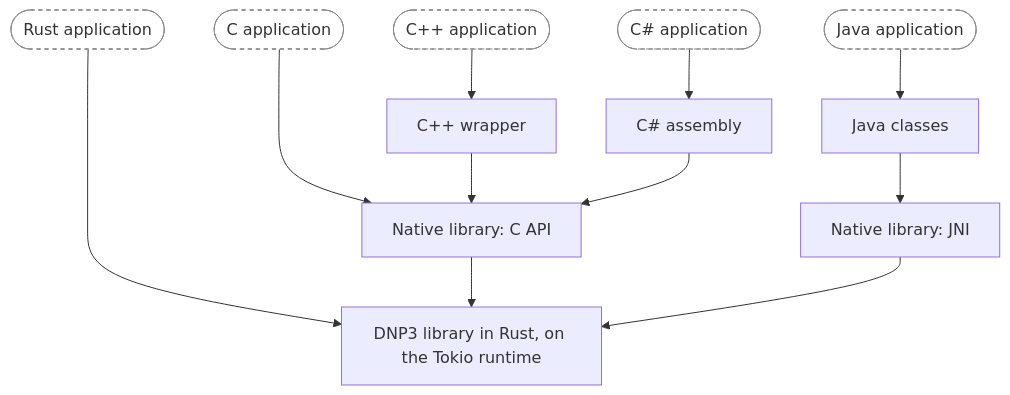
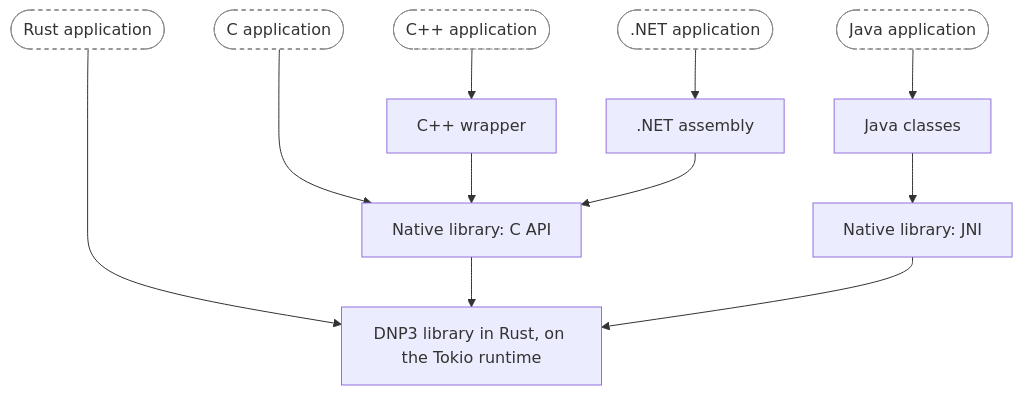
The second of 2 diagrams in guide/docs/languages/bindings.mdx (stepfunc/dnp3), drawn with Mermaid before and after one commit. The commit also changed other lines of this file and 13 other files, not shown here.

````diff
--- a/guide/docs/languages/bindings.mdx
+++ b/guide/docs/languages/bindings.mdx
@@ -42,25 +42,25 @@
 ```mermaid
 flowchart TB
     rust(["Rust application"]):::user
     c(["C application"]):::user
     cpp(["C++ application"]):::user
-    cs(["C# application"]):::user
+    cs([".NET application"]):::user
     java(["Java application"]):::user
     cppw["C++ wrapper"]
-    csa["C# assembly"]
+    csa[".NET assembly"]
     jar["Java classes"]
     capi["Native library: C API"]
     jni["Native library: JNI"]
     core["DNP3 library in Rust, on the Tokio runtime"]
     cpp --> cppw
     cs --> csa
     java --> jar
     c ---> capi
     cppw --> capi
     csa --> capi
     jar --> jni
     rust ----> core
     capi --> core
     jni --> core
     classDef user fill:#ffffff,stroke:#888888,stroke-dasharray:4 4,color:#333333
 ```
````
